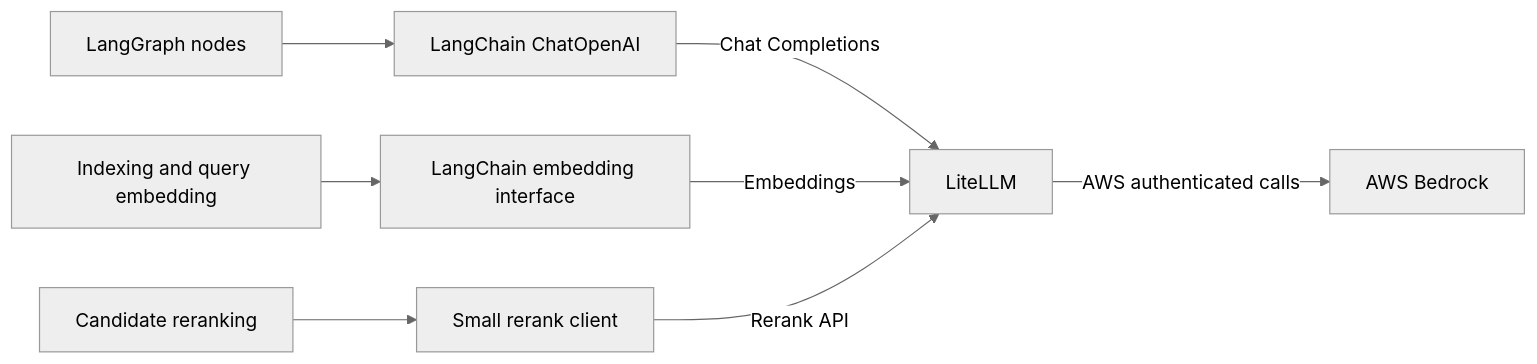
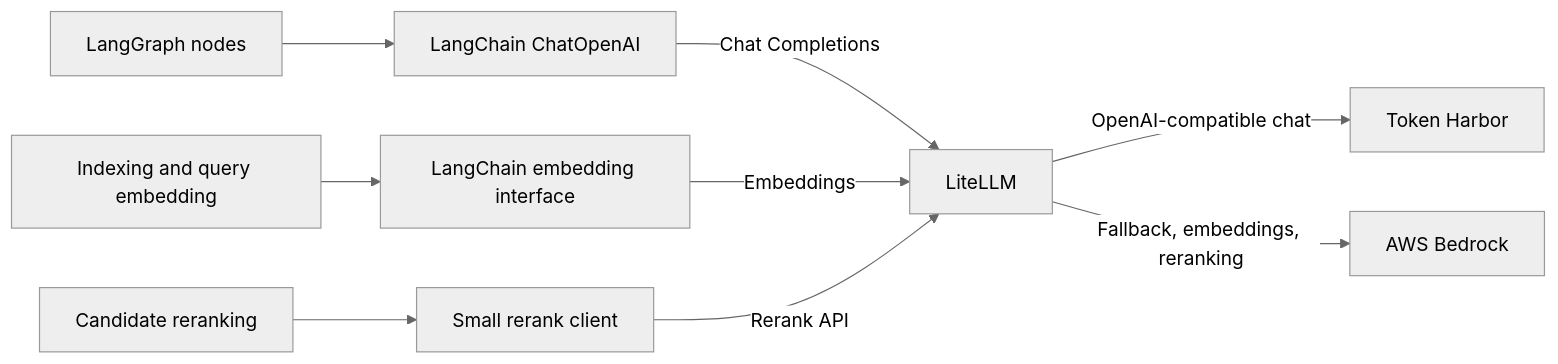
One commit to fm882/threadline changed the fifth of 11 diagrams in ARCHITECTURE.md. Above: the diagram before and after it, drawn with Mermaid (neutral theme). The commit also changed other lines of this file and 2 other files, not shown here.

Commit message:
Align architecture with active inference routes

````diff
--- a/ARCHITECTURE.md
+++ b/ARCHITECTURE.md
@@ -465,10 +466,11 @@
 ```mermaid
 flowchart LR
     GRAPH[LangGraph nodes] --> CHAT[LangChain ChatOpenAI]
     INDEX[Indexing and query embedding] --> EMB[LangChain embedding interface]
     RETRIEVE[Candidate reranking] --> RERANK[Small rerank client]
     CHAT -->|Chat Completions| GATEWAY[LiteLLM]
     EMB -->|Embeddings| GATEWAY
     RERANK -->|Rerank API| GATEWAY
-    GATEWAY -->|AWS authenticated calls| BEDROCK[AWS Bedrock]
+    GATEWAY -->|OpenAI-compatible chat| TOKENHARBOR[Token Harbor]
+    GATEWAY -->|Fallback, embeddings, reranking| BEDROCK[AWS Bedrock]
 ```
````
